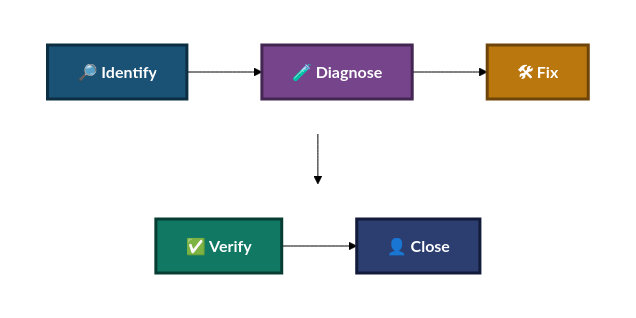
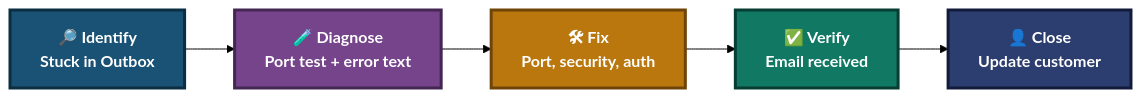
Before and after one commit to malaika-azhar/Customer-Tech-Support-Portfolio: the first of 5 diagrams in 01-Video-knowledge-base/01.2-Email-Sending-Failure.md, drawn with Mermaid (forest theme). The commit also changed other lines of this file, not shown here.

````diff
--- a/01-Video-knowledge-base/01.2-Email-Sending-Failure.md
+++ b/01-Video-knowledge-base/01.2-Email-Sending-Failure.md
@@ -115,20 +123,10 @@
 ```mermaid
-flowchart TD
-    subgraph R1[" "]
-        direction LR
-        A["🔎 Identify"]:::s1 --> B["🧪 Diagnose"]:::s2 --> C["🛠 Fix"]:::s3
-    end
-    subgraph R2[" "]
-        direction LR
-        D["✅ Verify"]:::s4 --> E["👤 Close"]:::s5
-    end
-    R1 --> R2
+flowchart LR
+    A["🔎 Identify<br/>Stuck in Outbox"]:::s1 --> B["🧪 Diagnose<br/>Port test + error text"]:::s2 --> C["🛠 Fix<br/>Port, security, auth"]:::s3 --> D["✅ Verify<br/>Email received"]:::s4 --> E["👤 Close<br/>Update customer"]:::s5
 
     classDef s1 fill:#1A5276,stroke:#0B2E43,stroke-width:3px,color:#FFFFFF,font-weight:bold
     classDef s2 fill:#76448A,stroke:#432752,stroke-width:3px,color:#FFFFFF,font-weight:bold
     classDef s3 fill:#B9770E,stroke:#6E4409,stroke-width:3px,color:#FFFFFF,font-weight:bold
     classDef s4 fill:#117864,stroke:#083D33,stroke-width:3px,color:#FFFFFF,font-weight:bold
     classDef s5 fill:#2C3E70,stroke:#131B3A,stroke-width:3px,color:#FFFFFF,font-weight:bold
-    style R1 fill:none,stroke:none
-    style R2 fill:none,stroke:none
 ```
````
